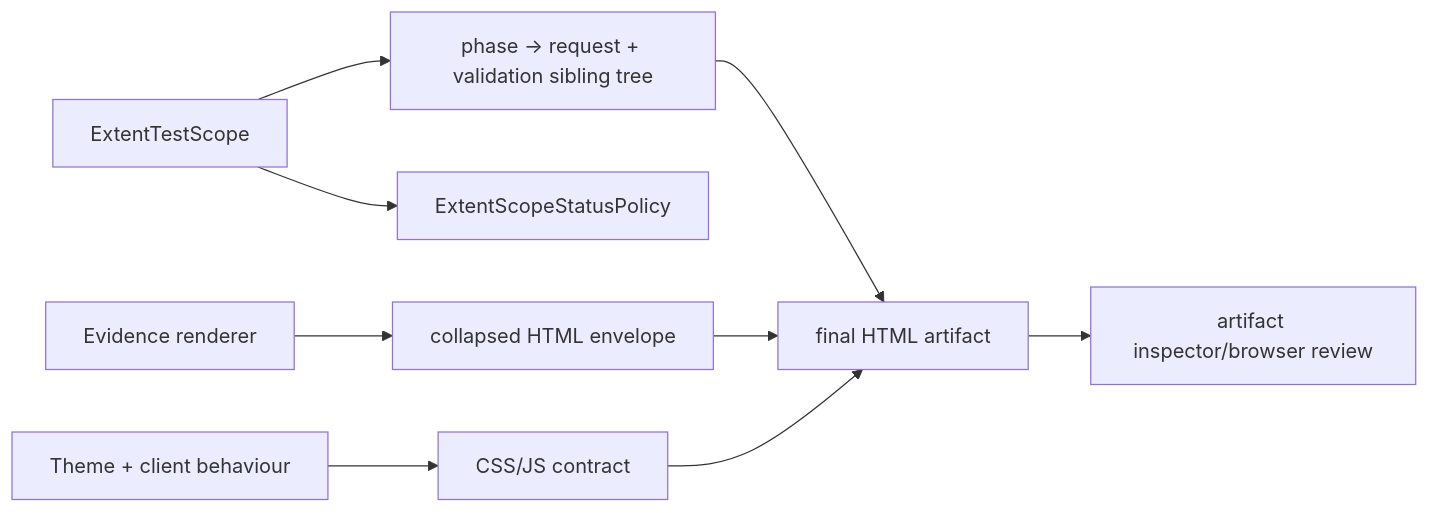
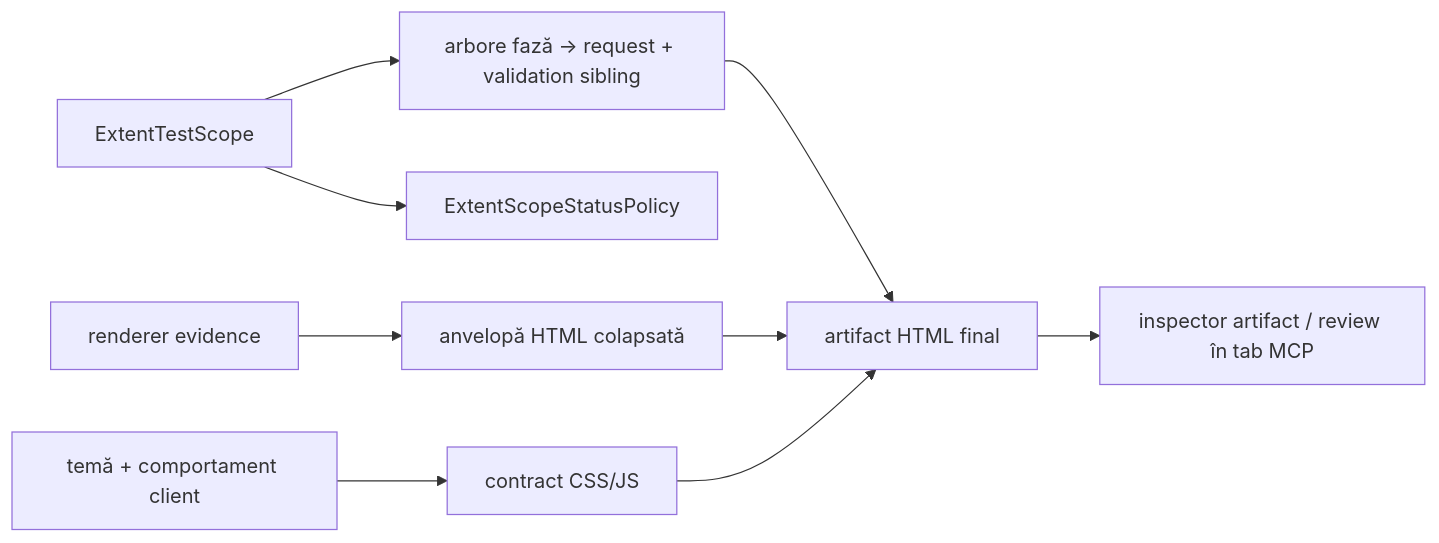
One commit to crististefanita/CS1 changed the first of 2 diagrams in Atf.Tests/Atf.Reporting.Extent.Tests/README.md. Above: the diagram before and after it, drawn with Mermaid. The commit also changed other lines of this file and 109 other files, not shown here.

````diff
--- a/Atf.Tests/Atf.Reporting.Extent.Tests/README.md
+++ b/Atf.Tests/Atf.Reporting.Extent.Tests/README.md
@@ -16,11 +16,11 @@
 ```mermaid
 flowchart LR
-    Scope[ExtentTestScope] --> Tree[phase -> request + validation sibling tree]
+    Scope[ExtentTestScope] --> Tree[arbore fază -> request + validation sibling]
     Scope --> Status[ExtentScopeStatusPolicy]
-    Renderer[Evidence renderer] --> Envelope[collapsed HTML envelope]
-    Theme[Theme + client behaviour] --> Layout[CSS/JS contract]
-    Tree --> Artifact[final HTML artifact]
+    Renderer[renderer evidence] --> Envelope[anvelopă HTML colapsată]
+    Theme[temă + comportament client] --> Layout[contract CSS/JS]
+    Tree --> Artifact[artifact HTML final]
     Envelope --> Artifact
     Layout --> Artifact
-    Artifact --> Inspector[artifact inspector/browser review]
+    Artifact --> Inspector[inspector artifact / review în tab MCP]
 ```
````
